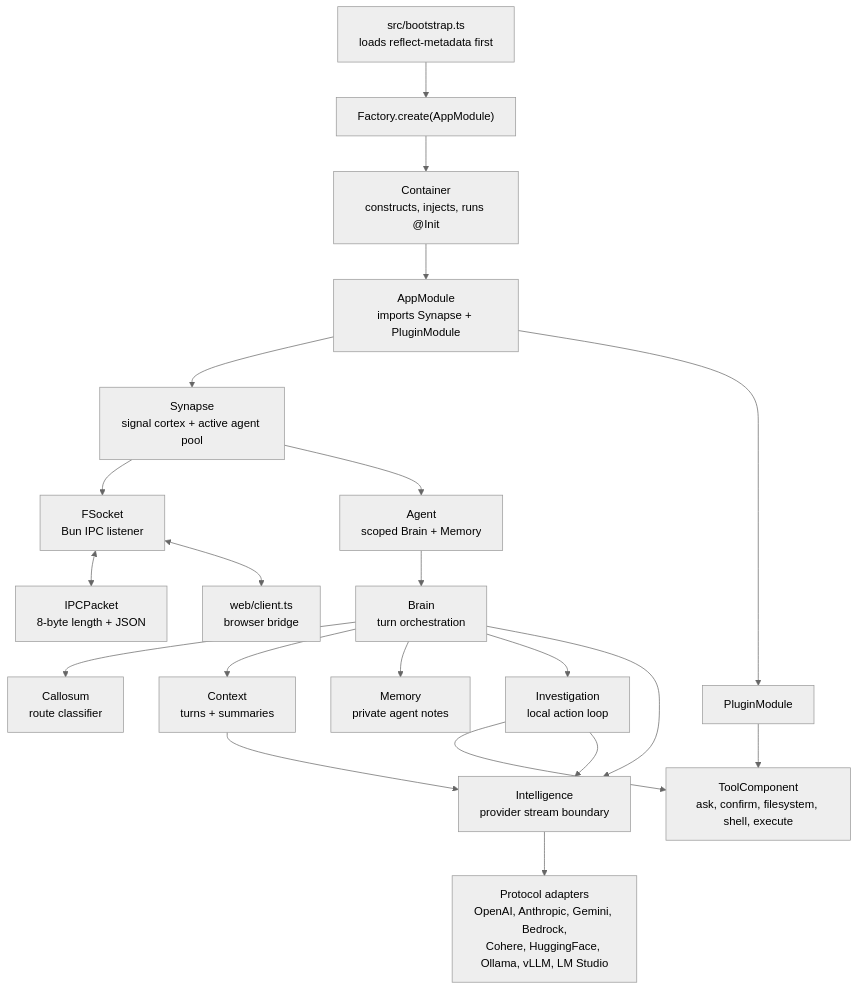
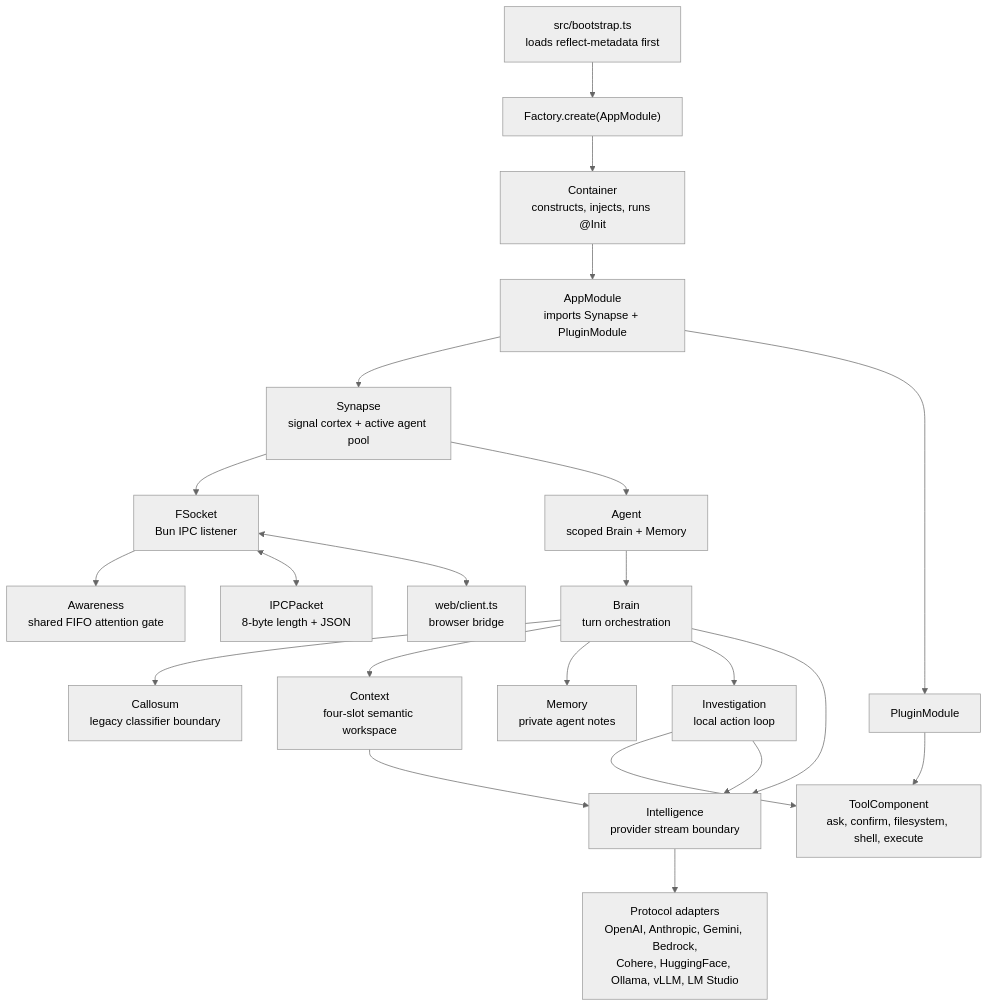
Before and after one commit to flyflor/flyflor: the first of 3 diagrams in README.md, drawn with Mermaid (neutral theme). The commit also changed other lines of this file and 54 other files, not shown here.

````diff
--- a/README.md
+++ b/README.md
@@ -28,26 +28,27 @@
 ```mermaid
 flowchart TB
     Bootstrap["src/bootstrap.ts<br/>loads reflect-metadata first"] --> Factory["Factory.create(AppModule)"]
     Factory --> Container["Container<br/>constructs, injects, runs @Init"]
     Container --> AppModule["AppModule<br/>imports Synapse + PluginModule"]
 
     AppModule --> Synapse["Synapse<br/>signal cortex + active agent pool"]
     AppModule --> PluginModule["PluginModule"]
     PluginModule --> Tools["ToolComponent<br/>ask, confirm, filesystem, shell, execute"]
 
     Synapse --> Socket["FSocket<br/>Bun IPC listener"]
+    Socket --> Awareness["Awareness<br/>shared FIFO attention gate"]
     Socket <--> Packet["IPCPacket<br/>8-byte length + JSON"]
     Socket <--> Client["web/client.ts<br/>browser bridge"]
 
     Synapse --> Agent["Agent<br/>scoped Brain + Memory"]
     Agent --> Brain["Brain<br/>turn orchestration"]
-    Brain --> Callosum["Callosum<br/>route classifier"]
-    Brain --> Context["Context<br/>turns + summaries"]
+    Brain --> Callosum["Callosum<br/>legacy classifier boundary"]
+    Brain --> Context["Context<br/>four-slot semantic workspace"]
     Brain --> Memory["Memory<br/>private agent notes"]
     Brain --> Investigation["Investigation<br/>local action loop"]
     Brain --> Intelligence["Intelligence<br/>provider stream boundary"]
     Context --> Intelligence
     Investigation --> Tools
     Investigation --> Intelligence
     Intelligence --> Protocols["Protocol adapters<br/>OpenAI, Anthropic, Gemini, Bedrock,<br/>Cohere, HuggingFace, Ollama, vLLM, LM Studio"]
 ```
````
